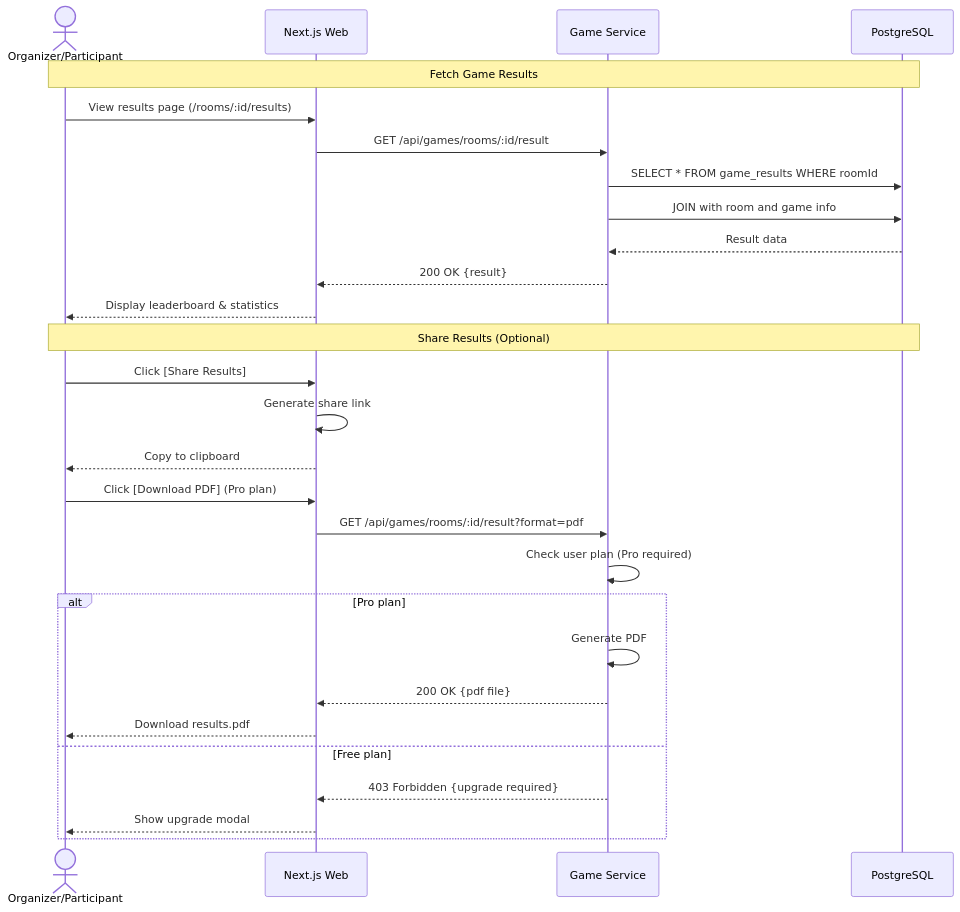
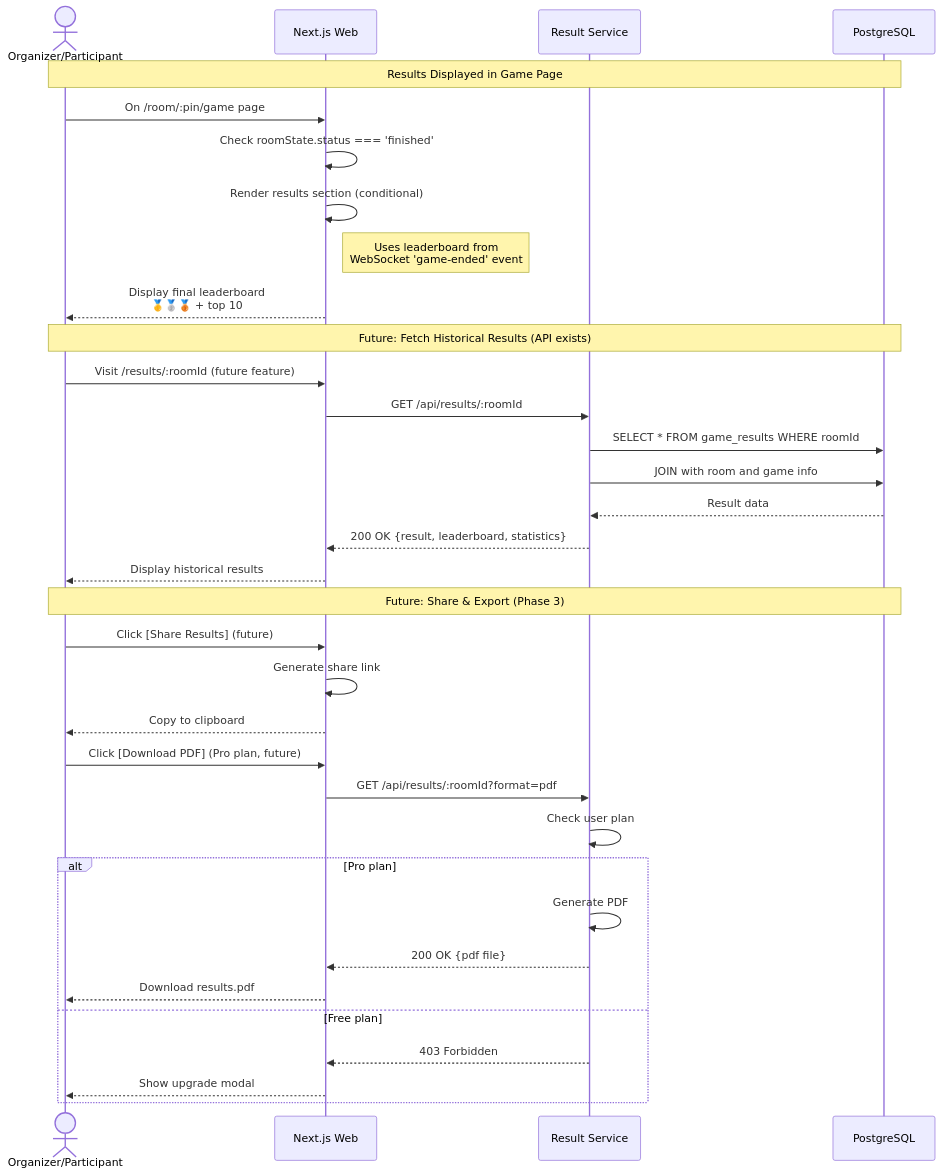
One commit to xinguuu/fully-boy changed the eighth of 17 diagrams in docs/04-architecture.md. Above: the diagram before and after it, drawn with Mermaid. The commit also changed other lines of this file, not shown here.

Commit message:
refactor: 04-architecture fix

````diff
--- a/docs/04-architecture.md
+++ b/docs/04-architecture.md
@@ -523,35 +581,43 @@
 ```mermaid
 sequenceDiagram
     actor User as Organizer/Participant
     participant Web as Next.js Web
-    participant Game as Game Service
+    participant Result as Result Service
     participant DB as PostgreSQL
 
-    Note over User,DB: Fetch Game Results
+    Note over User,DB: Results Displayed in Game Page
 
-    User->>Web: View results page (/rooms/:id/results)
-    Web->>Game: GET /api/games/rooms/:id/result
-    Game->>DB: SELECT * FROM game_results WHERE roomId
-    Game->>DB: JOIN with room and game info
-    DB-->>Game: Result data
-    Game-->>Web: 200 OK {result}
-    Web-->>User: Display leaderboard & statistics
+    User->>Web: On /room/:pin/game page
+    Web->>Web: Check roomState.status === 'finished'
+    Web->>Web: Render results section (conditional)
+    Note right of Web: Uses leaderboard from<br/>WebSocket 'game-ended' event
+    Web-->>User: Display final leaderboard<br/>🥇🥈🥉 + top 10
 
-    Note over User,DB: Share Results (Optional)
+    Note over User,DB: Future: Fetch Historical Results (API exists)
 
-    User->>Web: Click [Share Results]
+    User->>Web: Visit /results/:roomId (future feature)
+    Web->>Result: GET /api/results/:roomId
+    Result->>DB: SELECT * FROM game_results WHERE roomId
+    Result->>DB: JOIN with room and game info
+    DB-->>Result: Result data
+    Result-->>Web: 200 OK {result, leaderboard, statistics}
+    Web-->>User: Display historical results
+
+    Note over User,DB: Future: Share & Export (Phase 3)
+
+    User->>Web: Click [Share Results] (future)
     Web->>Web: Generate share link
     Web-->>User: Copy to clipboard
 
-    User->>Web: Click [Download PDF] (Pro plan)
-    Web->>Game: GET /api/games/rooms/:id/result?format=pdf
-    Game->>Game: Check user plan (Pro required)
+    User->>Web: Click [Download PDF] (Pro plan, future)
+    Web->>Result: GET /api/results/:roomId?format=pdf
+    Result->>Result: Check user plan
     alt Pro plan
-        Game->>Game: Generate PDF
-        Game-->>Web: 200 OK {pdf file}
+        Result->>Result: Generate PDF
+        Result-->>Web: 200 OK {pdf file}
         Web-->>User: Download results.pdf
     else Free plan
-        Game-->>Web: 403 Forbidden {upgrade required}
+        Result-->>Web: 403 Forbidden
         Web-->>User: Show upgrade modal
     end
 ```
````
